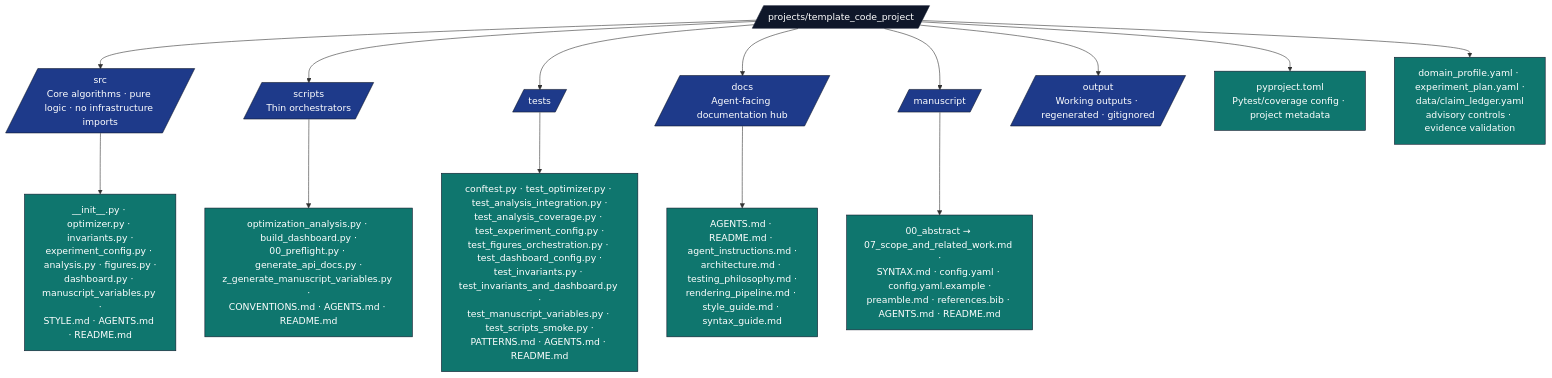
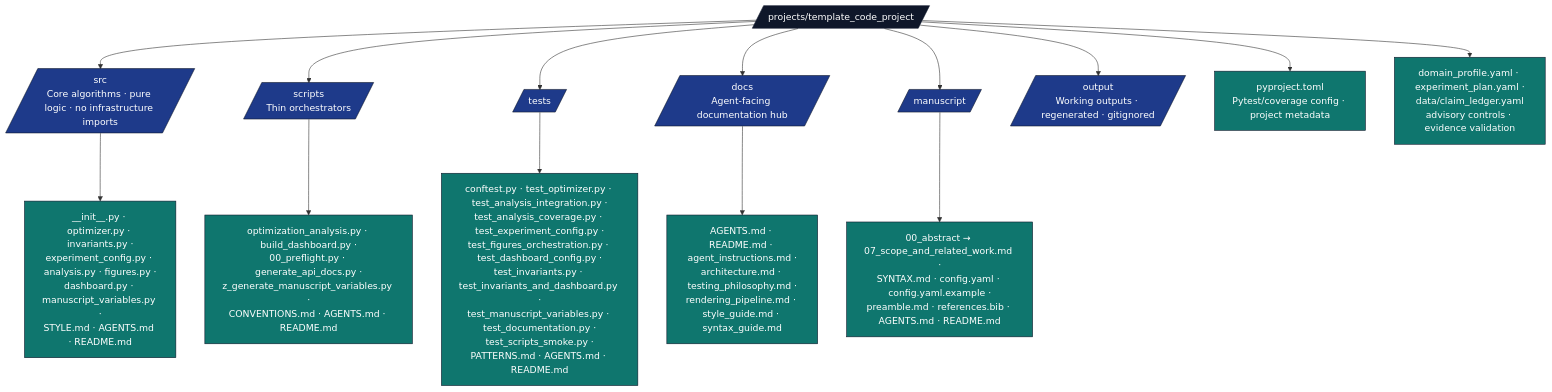
Before and after one commit to docxology/template: the diagram in projects/template_code_project/AGENTS.md, drawn with Mermaid. The commit also changed other lines of this file and 128 other files, not shown here.

First line of the commit message:
docs: repo-wide drift purge, infra test fixes, and orchestration thin-shell

````diff
--- a/projects/template_code_project/AGENTS.md
+++ b/projects/template_code_project/AGENTS.md
@@ -50,25 +50,25 @@
 ```mermaid
 flowchart TB
     P[/projects/template_code_project/]
     P --> SRC[/src<br/>Core algorithms · pure logic · no infrastructure imports/]
     P --> SC[/scripts<br/>Thin orchestrators/]
     P --> T[/tests/]
     P --> DOCS[/docs<br/>Agent-facing documentation hub/]
     P --> M[/manuscript/]
     P --> OUT[/output<br/>Working outputs · regenerated · gitignored/]
     P --> PY[pyproject.toml<br/>Pytest/coverage config · project metadata]
     P --> DP[domain_profile.yaml · experiment_plan.yaml ·<br/>data/claim_ledger.yaml<br/>advisory controls · evidence validation]
 
     SRC --> SRC_F[__init__.py · optimizer.py · invariants.py ·<br/>experiment_config.py · analysis.py · figures.py ·<br/>dashboard.py · manuscript_variables.py ·<br/>STYLE.md · AGENTS.md · README.md]
     SC --> SC_F[optimization_analysis.py · build_dashboard.py ·<br/>00_preflight.py · generate_api_docs.py ·<br/>z_generate_manuscript_variables.py ·<br/>CONVENTIONS.md · AGENTS.md · README.md]
-    T --> T_F[conftest.py · test_optimizer.py · test_analysis_integration.py ·<br/>test_analysis_coverage.py · test_experiment_config.py ·<br/>test_figures_orchestration.py · test_dashboard_config.py ·<br/>test_invariants.py · test_invariants_and_dashboard.py ·<br/>test_manuscript_variables.py · test_scripts_smoke.py ·<br/>PATTERNS.md · AGENTS.md · README.md]
+    T --> T_F[conftest.py · test_optimizer.py · test_analysis_integration.py ·<br/>test_analysis_coverage.py · test_experiment_config.py ·<br/>test_figures_orchestration.py · test_dashboard_config.py ·<br/>test_invariants.py · test_invariants_and_dashboard.py ·<br/>test_manuscript_variables.py · test_documentation.py ·<br/>test_scripts_smoke.py ·<br/>PATTERNS.md · AGENTS.md · README.md]
     DOCS --> DOCS_F[AGENTS.md · README.md · agent_instructions.md ·<br/>architecture.md · testing_philosophy.md ·<br/>rendering_pipeline.md · style_guide.md · syntax_guide.md]
     M --> M_F[00_abstract → 07_scope_and_related_work.md ·<br/>SYNTAX.md · config.yaml · config.yaml.example ·<br/>preamble.md · references.bib · AGENTS.md · README.md]
 
     classDef d fill:#0f172a,stroke:#0f172a,color:#fff
     classDef pkg fill:#1e3a8a,stroke:#0f172a,color:#fff
     classDef f fill:#0f766e,stroke:#0f172a,color:#fff
     class P d
     class SRC,SC,T,DOCS,M,OUT pkg
     class SRC_F,SC_F,T_F,DOCS_F,M_F,PY,DP f
 ```
````
